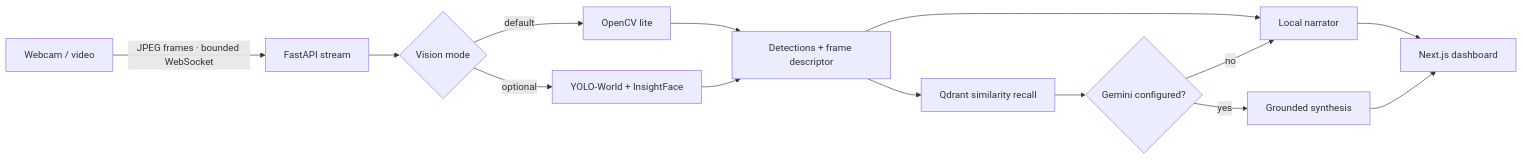
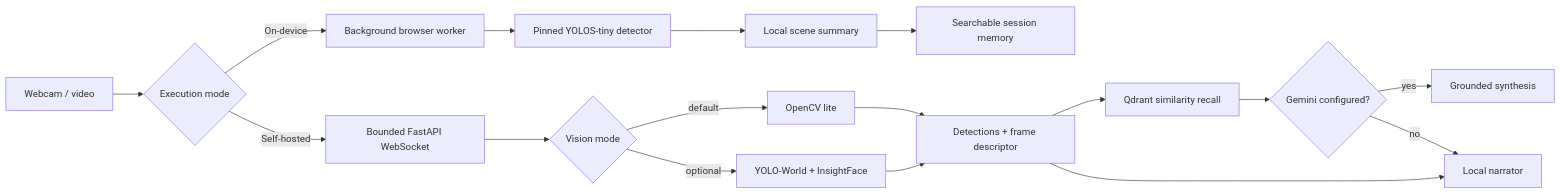
The diagram in README.md (muhammadmahadazher/sota-vision-rag-pipeline), drawn with Mermaid before and after one commit. The commit also changed other lines of this file and 10 other files, not shown here.

Commit message:
make hosted video analysis work on device

```diff
--- a/README.md
+++ b/README.md
@@ -25,16 +25,19 @@
 ~~~mermaid
 flowchart LR
-    A["Webcam / video"] -->|"JPEG frames · bounded WebSocket"| B["FastAPI stream"]
-    B --> C{"Vision mode"}
-    C -->|"default"| D["OpenCV lite"]
-    C -->|"optional"| E["YOLO-World + InsightFace"]
-    D --> F["Detections + frame descriptor"]
-    E --> F
-    F --> G["Qdrant similarity recall"]
-    F --> H["Local narrator"]
-    G --> I{"Gemini configured?"}
-    I -->|"yes"| J["Grounded synthesis"]
-    I -->|"no"| H
-    H --> K["Next.js dashboard"]
+    A["Webcam / video"] --> B{"Execution mode"}
+    B -->|"On-device"| C["Background browser worker"]
+    C --> D["Pinned YOLOS-tiny detector"]
+    D --> E["Local scene summary"]
+    E --> F["Searchable session memory"]
+    B -->|"Self-hosted"| G["Bounded FastAPI WebSocket"]
+    G --> H{"Vision mode"}
+    H -->|"default"| I["OpenCV lite"]
+    H -->|"optional"| J["YOLO-World + InsightFace"]
+    I --> K["Detections + frame descriptor"]
     J --> K
+    K --> L["Qdrant similarity recall"]
+    K --> M["Local narrator"]
+    L --> N{"Gemini configured?"}
+    N -->|"yes"| O["Grounded synthesis"]
+    N -->|"no"| M
 ~~~
```
